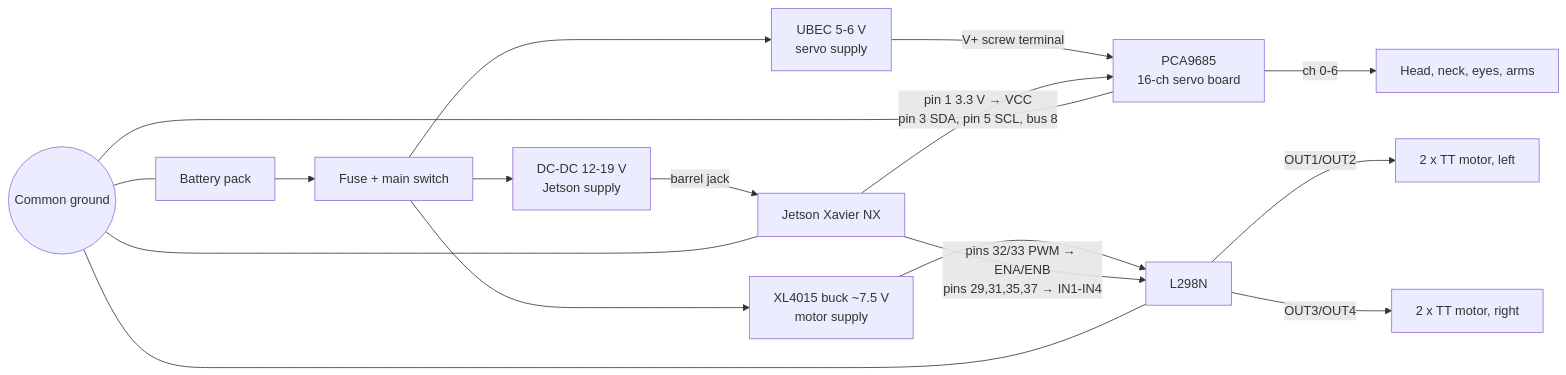
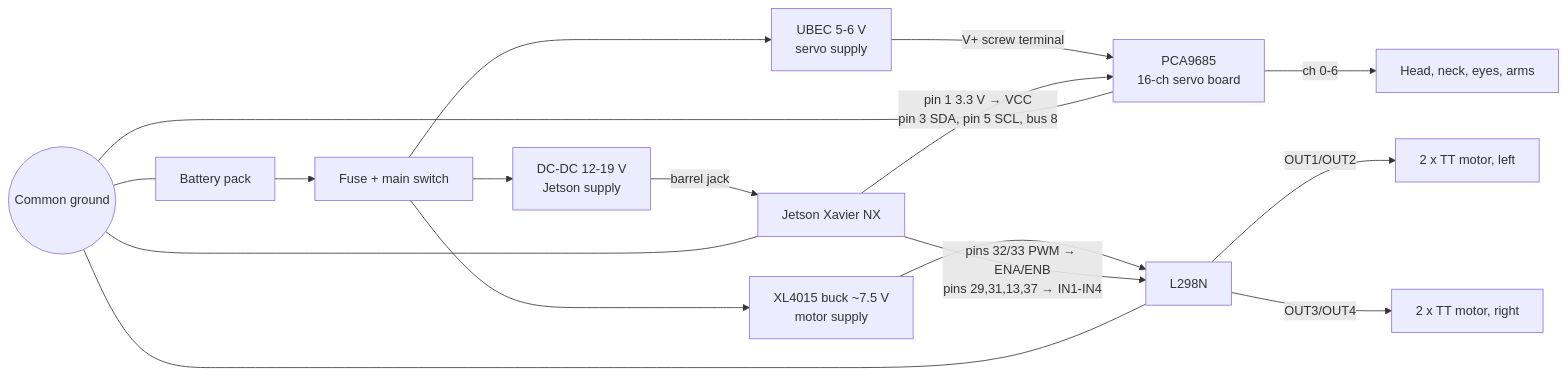
Before and after one commit to Lichter1/Wall-E_2025: the diagram in docs/wiring.md, drawn with Mermaid. The commit also changed other lines of this file and 3 other files, not shown here.

````diff
--- a/docs/wiring.md
+++ b/docs/wiring.md
@@ -7,22 +7,22 @@
 ```mermaid
 flowchart LR
   BAT[Battery pack] --> FUSE[Fuse + main switch]
   FUSE --> DCJ[DC-DC 12-19 V<br/>Jetson supply]
   FUSE --> BEC[UBEC 5-6 V<br/>servo supply]
   FUSE --> MBUCK[XL4015 buck ~7.5 V<br/>motor supply]
   MBUCK --> L298[L298N]
 
   DCJ -->|barrel jack| JET[Jetson Xavier NX]
   BEC -->|V+ screw terminal| PCA[PCA9685<br/>16-ch servo board]
 
   JET -->|pin 1 3.3 V → VCC<br/>pin 3 SDA, pin 5 SCL, bus 8| PCA
-  JET -->|pins 32/33 PWM → ENA/ENB<br/>pins 29,31,35,37 → IN1-IN4| L298
+  JET -->|pins 32/33 PWM → ENA/ENB<br/>pins 29,31,13,37 → IN1-IN4| L298
   L298 -->|OUT1/OUT2| ML[2 x TT motor, left]
   L298 -->|OUT3/OUT4| MR[2 x TT motor, right]
   PCA -->|ch 0-6| SERVOS[Head, neck, eyes, arms]
 
   GND((Common ground)) --- JET
   GND --- PCA
   GND --- L298
   GND --- BAT
 ```
````
